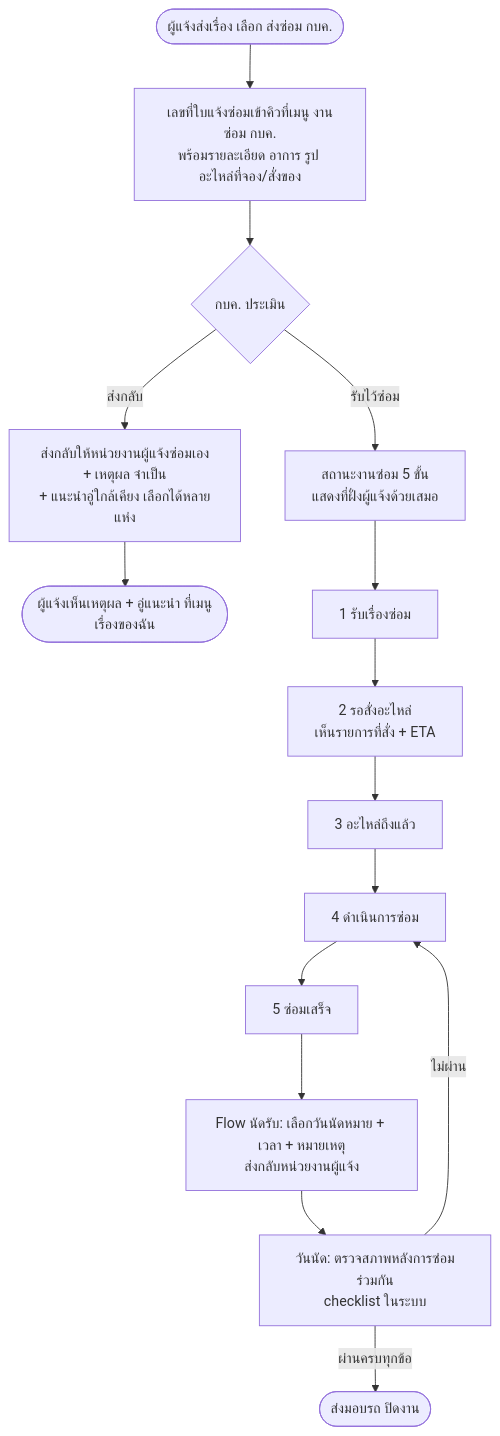
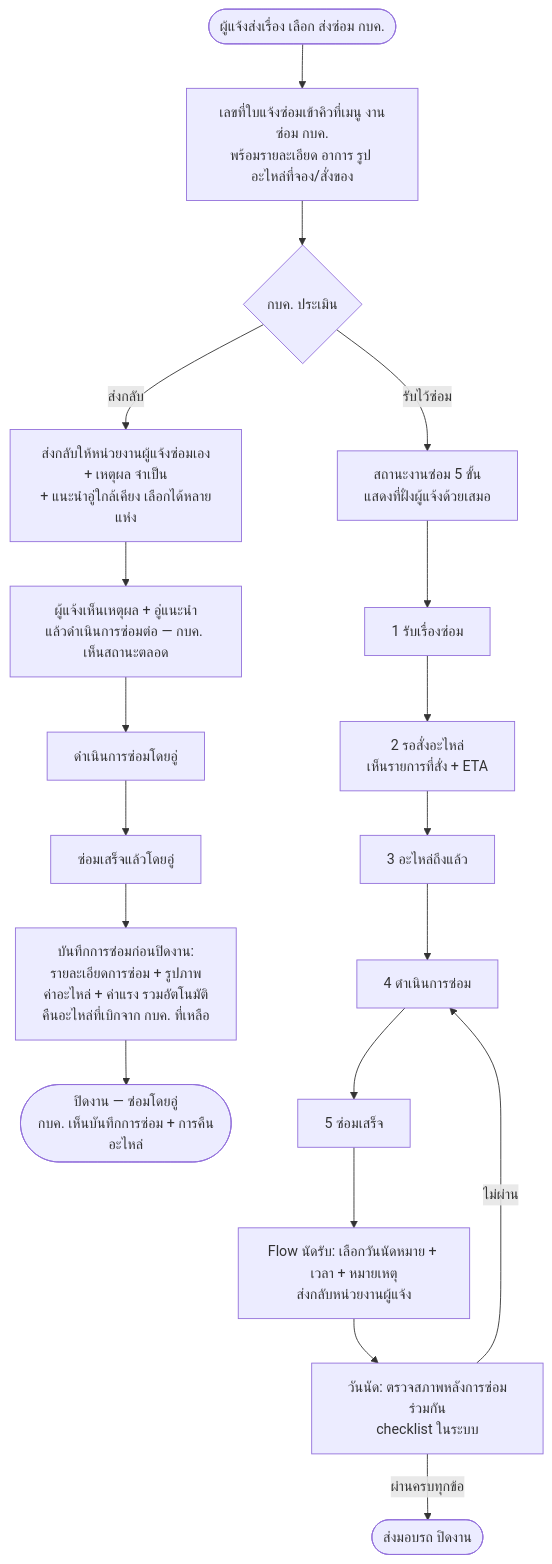
Before and after one commit to anugmail/Maintenance-Request-Form: the diagram in 03-Flow-KBK-Pickup-Inspection.md, drawn with Mermaid. The commit also changed other lines of this file and 1 other file, not shown here.

Commit message:
v0.4: สถานะต่อเนื่องหลัง กบค. ส่งกลับ + บันทึกการซ่อมก่อนปิดงาน
- เคสส่งกลับให้ซ่อมเอง: สถานะใหม่ ดำเนินการซ่อมโดยอู่ → ซ่อมเสร็จแล้วโดยอู่ → ปิดงาน
- กบค. เห็นสถานะตลอดผ่าน stepper + timeline ในคิวงาน
- หน้าบันทึกการซ่อมก่อนปิดงาน: รายละเอียด (บังคับ) + อัปโหลดรูป + ค่าอะไหล่/ค่าแรง (รวมอัตโนมัติ) + ระบุคืนอะไหล่ที่เบิกจาก กบค.
- อัปเดตเอกสาร 03-Flow-KBK-Pickup-Inspection

````diff
--- a/03-Flow-KBK-Pickup-Inspection.md
+++ b/03-Flow-KBK-Pickup-Inspection.md
@@ -8,13 +8,16 @@
 ```mermaid
 flowchart TD
     A([ผู้แจ้งส่งเรื่อง เลือก ส่งซ่อม กบค.]) --> B[เลขที่ใบแจ้งซ่อมเข้าคิวที่เมนู งานซ่อม กบค.<br/>พร้อมรายละเอียด อาการ รูป อะไหล่ที่จอง/สั่งของ]
     B --> C{กบค. ประเมิน}
     C -- ส่งกลับ --> D[ส่งกลับให้หน่วยงานผู้แจ้งซ่อมเอง<br/>+ เหตุผล จำเป็น<br/>+ แนะนำอู่ใกล้เคียง เลือกได้หลายแห่ง]
-    D --> D2([ผู้แจ้งเห็นเหตุผล + อู่แนะนำ ที่เมนูเรื่องของฉัน])
+    D --> D2[ผู้แจ้งเห็นเหตุผล + อู่แนะนำ<br/>แล้วดำเนินการซ่อมต่อ — กบค. เห็นสถานะตลอด]
+    D2 --> R1[ดำเนินการซ่อมโดยอู่] --> R2[ซ่อมเสร็จแล้วโดยอู่]
+    R2 --> R3[บันทึกการซ่อมก่อนปิดงาน:<br/>รายละเอียดการซ่อม + รูปภาพ<br/>ค่าอะไหล่ + ค่าแรง รวมอัตโนมัติ<br/>คืนอะไหล่ที่เบิกจาก กบค. ที่เหลือ]
+    R3 --> R4([ปิดงาน — ซ่อมโดยอู่<br/>กบค. เห็นบันทึกการซ่อม + การคืนอะไหล่])
     C -- รับไว้ซ่อม --> E[สถานะงานซ่อม 5 ขั้น<br/>แสดงที่ฝั่งผู้แจ้งด้วยเสมอ]
     E --> E1[1 รับเรื่องซ่อม] --> E2[2 รอสั่งอะไหล่<br/>เห็นรายการที่สั่ง + ETA] --> E3[3 อะไหล่ถึงแล้ว] --> E4[4 ดำเนินการซ่อม] --> E5[5 ซ่อมเสร็จ]
     E5 --> F[Flow นัดรับ: เลือกวันนัดหมาย + เวลา + หมายเหตุ<br/>ส่งกลับหน่วยงานผู้แจ้ง]
     F --> G[วันนัด: ตรวจสภาพหลังการซ่อมร่วมกัน<br/>checklist ในระบบ]
     G -- ผ่านครบทุกข้อ --> H([ส่งมอบรถ ปิดงาน])
     G -- ไม่ผ่าน --> E4
 ```
````
